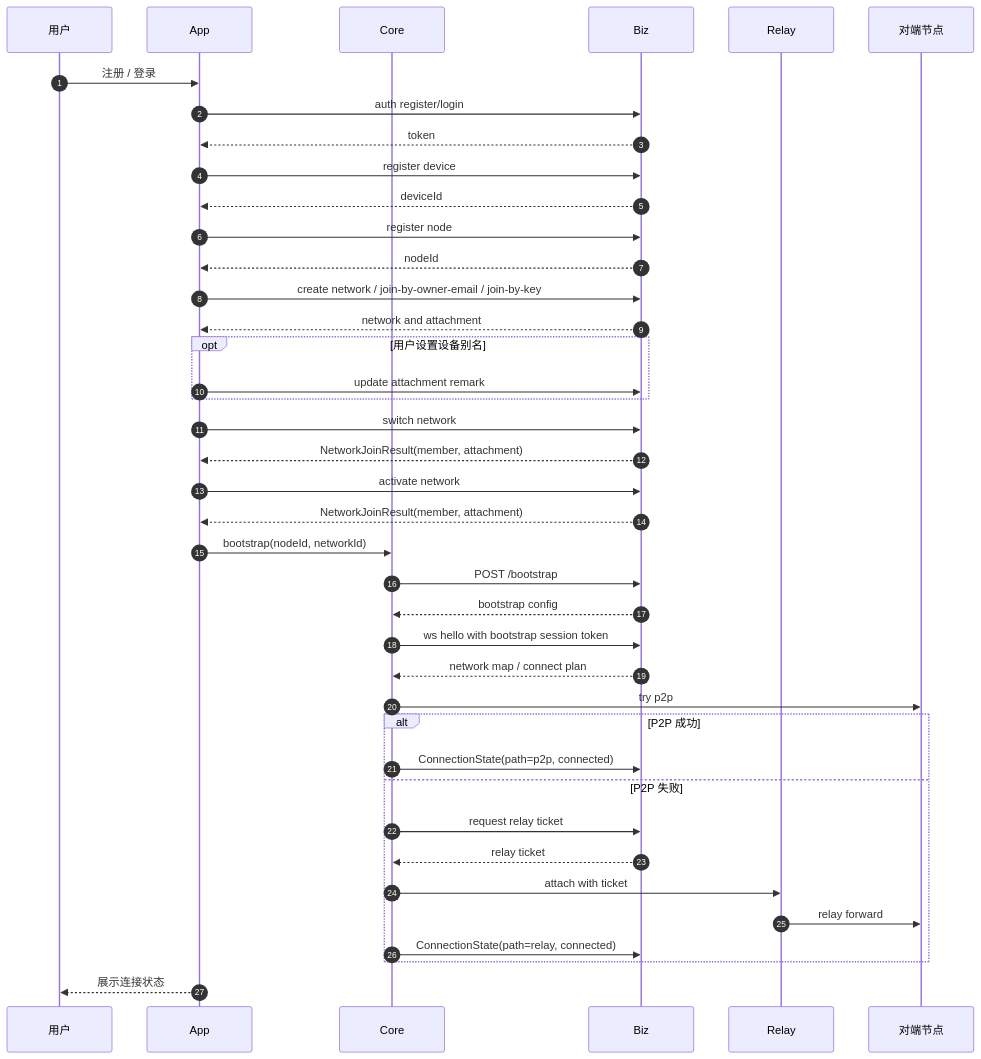
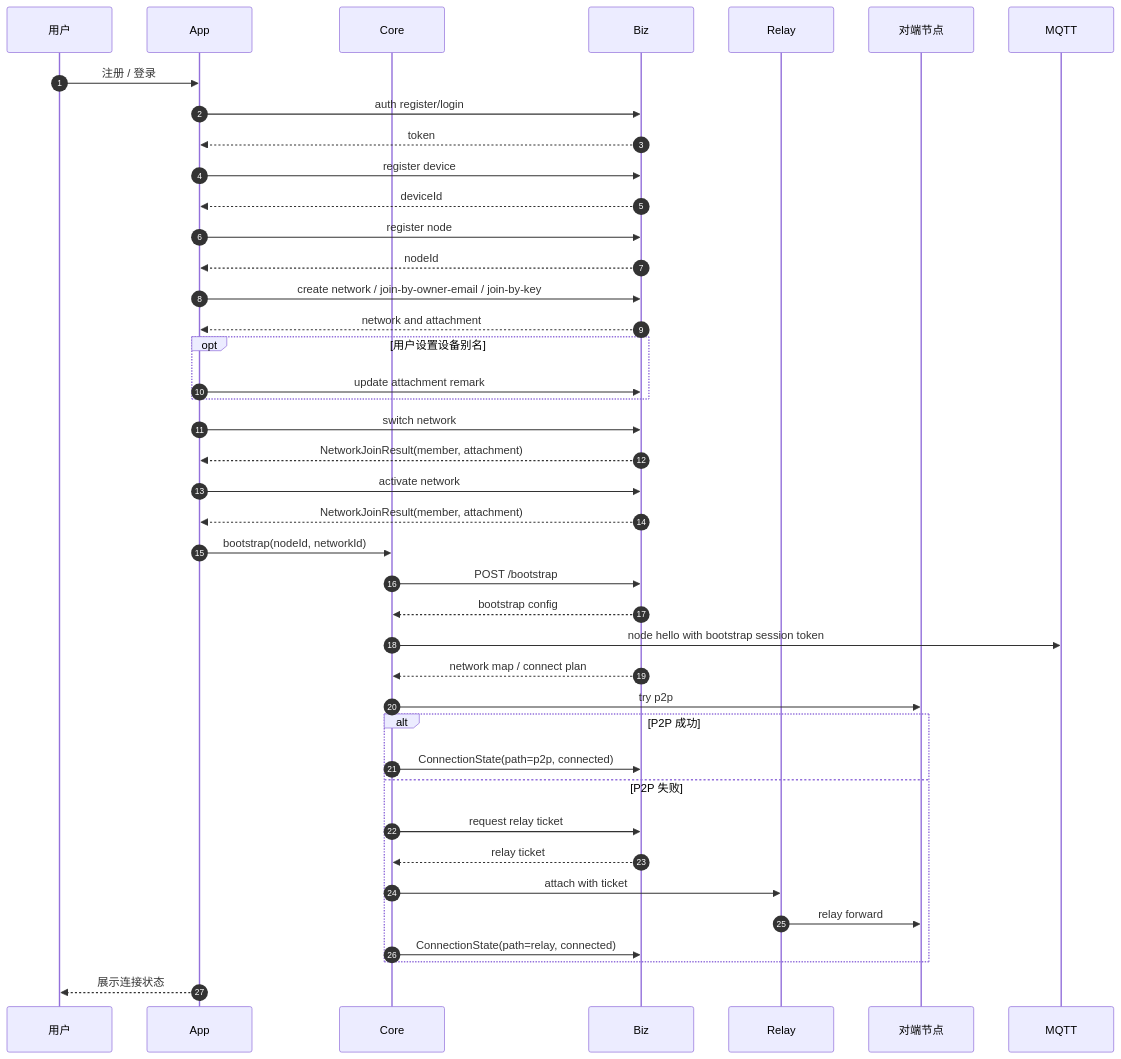
One commit to thorli9527/slan changed diagram 11 of 11 in docs/architecture/sequence-diagrams.md. Above: the diagram before and after it, drawn with Mermaid. The commit also changed other lines of this file and 47 other files, not shown here.

````diff
--- a/docs/architecture/sequence-diagrams.md
+++ b/docs/architecture/sequence-diagrams.md
@@ -354,49 +354,49 @@
 ```mermaid
 sequenceDiagram
     autonumber
     participant User as 用户
     participant App as App
     participant Core as Core
     participant Biz as Biz
     participant Relay as Relay
     participant Peer as 对端节点
 
     User->>App: 注册 / 登录
     App->>Biz: auth register/login
     Biz-->>App: token
 
     App->>Biz: register device
     Biz-->>App: deviceId
     App->>Biz: register node
     Biz-->>App: nodeId
 
     App->>Biz: create network / join-by-owner-email / join-by-key
     Biz-->>App: network and attachment
     opt 用户设置设备别名
         App->>Biz: update attachment remark
     end
     App->>Biz: switch network
     Biz-->>App: NetworkJoinResult(member, attachment)
     App->>Biz: activate network
     Biz-->>App: NetworkJoinResult(member, attachment)
 
     App->>Core: bootstrap(nodeId, networkId)
     Core->>Biz: POST /bootstrap
     Biz-->>Core: bootstrap config
 
-    Core->>Biz: ws hello with bootstrap session token
+    Core->>MQTT: node hello with bootstrap session token
     Biz-->>Core: network map / connect plan
 
     Core->>Peer: try p2p
     alt P2P 成功
         Core->>Biz: ConnectionState(path=p2p, connected)
     else P2P 失败
         Core->>Biz: request relay ticket
         Biz-->>Core: relay ticket
         Core->>Relay: attach with ticket
         Relay->>Peer: relay forward
         Core->>Biz: ConnectionState(path=relay, connected)
     end
 
     App-->>User: 展示连接状态
 ```
````
